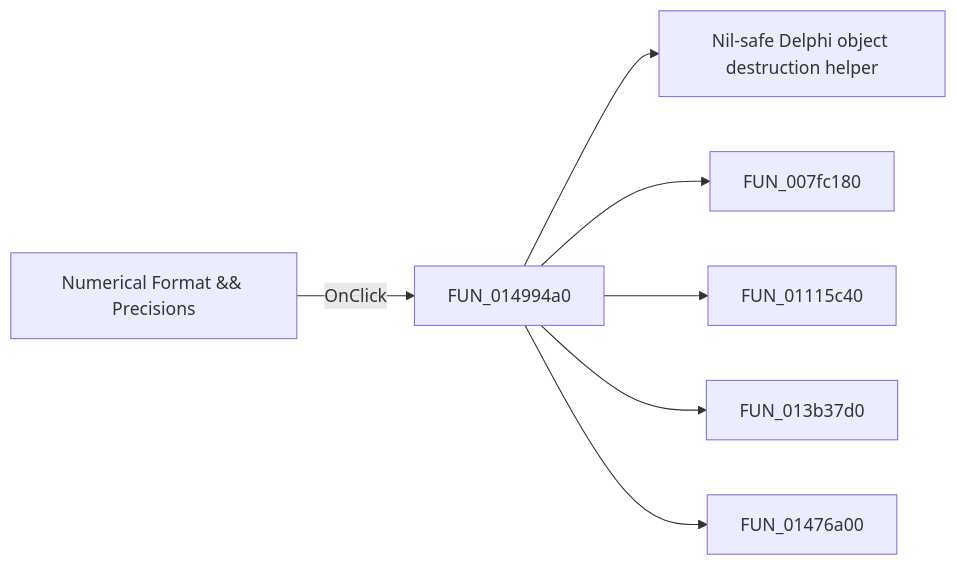
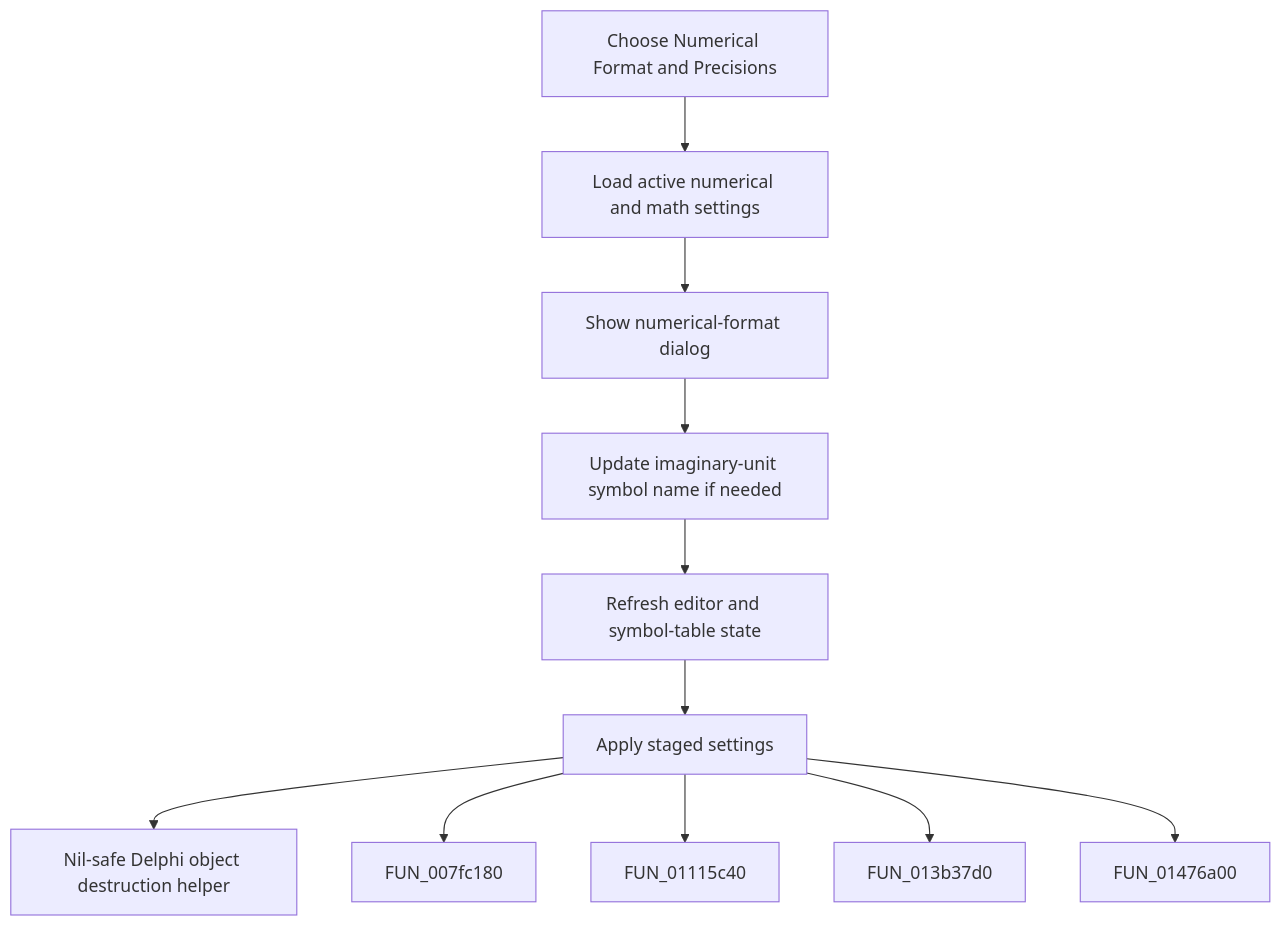
The diagram in docs/ui-controls/frmdesigntool/minumericalformat-6dfcd4fcf7.md (MovGP0/TIARA), drawn with Mermaid before and after one commit. The commit also changed other lines of this file and 387 other files, not shown here.

````diff
--- a/docs/ui-controls/frmdesigntool/minumericalformat-6dfcd4fcf7.md
+++ b/docs/ui-controls/frmdesigntool/minumericalformat-6dfcd4fcf7.md
@@ -27,9 +27,13 @@
 ```mermaid
-flowchart LR
-    control["Numerical Format && Precisions"] -->|OnClick| handler["FUN_014994a0"]
+flowchart TD
+    control["Choose Numerical Format and Precisions"] --> stage["Load active numerical and math settings"]
+    stage --> dialog["Show numerical-format dialog"]
+    dialog --> symbol["Update imaginary-unit symbol name if needed"]
+    symbol --> refresh["Refresh editor and symbol-table state"]
+    refresh --> handler["Apply staged settings"]
     handler --> call1["Nil-safe Delphi object destruction helper"]
     handler --> call2["FUN_007fc180"]
     handler --> call3["FUN_01115c40"]
     handler --> call4["FUN_013b37d0"]
     handler --> call5["FUN_01476a00"]
 ```
````
